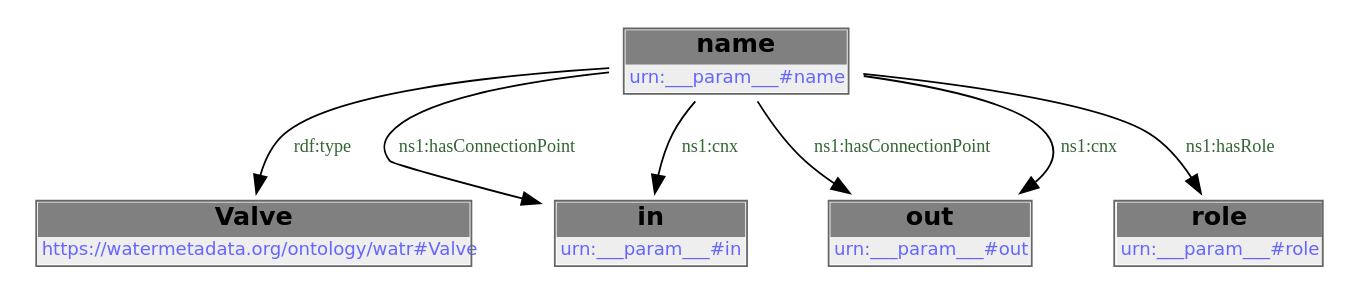
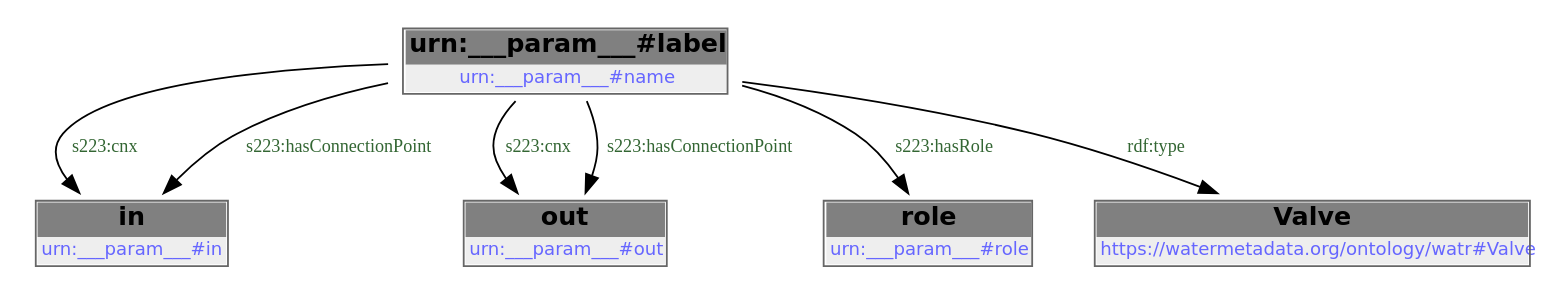
One commit to DataDrivenCPS/water-ontology changed the diagram in docs/libraries/templates/valve.rst. Above: the diagram before and after it, drawn with Graphviz. The commit also changed other lines of this file and 83 other files, not shown here.

```diff
--- a/docs/libraries/templates/valve.rst
+++ b/docs/libraries/templates/valve.rst
@@ -82,16 +82,21 @@
-        .. graphviz::
+.. graphviz::
 
-                digraph G {
-            node [fontname="DejaVu Sans"];
-            node0 -> node1 [color=BLACK, label=< <font point-size='10' color='#336633'>rdf:type</font> >];
-            node0 -> node2 [color=BLACK, label=< <font point-size='10' color='#336633'>ns1:hasConnectionPoint</font> >];
-            node0 -> node3 [color=BLACK, label=< <font point-size='10' color='#336633'>ns1:hasConnectionPoint</font> >];
-            node0 -> node4 [color=BLACK, label=< <font point-size='10' color='#336633'>ns1:hasRole</font> >];
-            node0 -> node2 [color=BLACK, label=< <font point-size='10' color='#336633'>ns1:cnx</font> >];
-            node0 -> node3 [color=BLACK, label=< <font point-size='10' color='#336633'>ns1:cnx</font> >];
-            node0 [shape=none, color=black, label=< <table color='#666666' cellborder='0' cellspacing='0' border='1'><tr><td colspan='2' bgcolor='grey'><B>name</B></td></tr><tr><td href='urn:___param___#name' bgcolor='#eeeeee' colspan='2'><font point-size='10' color='#6666ff'>urn:___param___#name</font></td></tr></table> >];
-            node1 [shape=none, color=black, label=< <table color='#666666' cellborder='0' cellspacing='0' border='1'><tr><td colspan='2' bgcolor='grey'><B>Valve</B></td></tr><tr><td href='https://watermetadata.org/ontology/watr#Valve' bgcolor='#eeeeee' colspan='2'><font point-size='10' color='#6666ff'>https://watermetadata.org/ontology/watr#Valve</font></td></tr></table> >];
-            node2 [shape=none, color=black, label=< <table color='#666666' cellborder='0' cellspacing='0' border='1'><tr><td colspan='2' bgcolor='grey'><B>in</B></td></tr><tr><td href='urn:___param___#in' bgcolor='#eeeeee' colspan='2'><font point-size='10' color='#6666ff'>urn:___param___#in</font></td></tr></table> >];
-            node3 [shape=none, color=black, label=< <table color='#666666' cellborder='0' cellspacing='0' border='1'><tr><td colspan='2' bgcolor='grey'><B>out</B></td></tr><tr><td href='urn:___param___#out' bgcolor='#eeeeee' colspan='2'><font point-size='10' color='#6666ff'>urn:___param___#out</font></td></tr></table> >];
-            node4 [shape=none, color=black, label=< <table color='#666666' cellborder='0' cellspacing='0' border='1'><tr><td colspan='2' bgcolor='grey'><B>role</B></td></tr><tr><td href='urn:___param___#role' bgcolor='#eeeeee' colspan='2'><font point-size='10' color='#6666ff'>urn:___param___#role</font></td></tr></table> >];
-            }
+    digraph {
+     node [ fontname="DejaVu Sans" ] ;
+        node0 -> node1 [ color=BLACK, label=< <font point-size='10' color='#336633'>s223:cnx</font> > ] ;
+        node0 -> node2 [ color=BLACK, label=< <font point-size='10' color='#336633'>s223:cnx</font> > ] ;
+        node0 -> node1 [ color=BLACK, label=< <font point-size='10' color='#336633'>s223:hasConnectionPoint</font> > ] ;
+        node0 -> node2 [ color=BLACK, label=< <font point-size='10' color='#336633'>s223:hasConnectionPoint</font> > ] ;
+        node0 -> node3 [ color=BLACK, label=< <font point-size='10' color='#336633'>s223:hasRole</font> > ] ;
+        node0 -> node4 [ color=BLACK, label=< <font point-size='10' color='#336633'>rdf:type</font> > ] ;
+    # urn:___param___#name node0
+    node0 [ shape=none, color=black label=< <table color='#666666' cellborder='0' cellspacing='0' border='1'><tr><td colspan='2' bgcolor='grey'><B>urn:___param___#label</B></td></tr><tr><td href='urn:___param___#name' bgcolor='#eeeeee' colspan='2'><font point-size='10' color='#6666ff'>urn:___param___#name</font></td></tr></table> > ]
+    # urn:___param___#in node1
+    node1 [ shape=none, color=black label=< <table color='#666666' cellborder='0' cellspacing='0' border='1'><tr><td colspan='2' bgcolor='grey'><B>in</B></td></tr><tr><td href='urn:___param___#in' bgcolor='#eeeeee' colspan='2'><font point-size='10' color='#6666ff'>urn:___param___#in</font></td></tr></table> > ]
+    # urn:___param___#out node2
+    node2 [ shape=none, color=black label=< <table color='#666666' cellborder='0' cellspacing='0' border='1'><tr><td colspan='2' bgcolor='grey'><B>out</B></td></tr><tr><td href='urn:___param___#out' bgcolor='#eeeeee' colspan='2'><font point-size='10' color='#6666ff'>urn:___param___#out</font></td></tr></table> > ]
+    # urn:___param___#role node3
+    node3 [ shape=none, color=black label=< <table color='#666666' cellborder='0' cellspacing='0' border='1'><tr><td colspan='2' bgcolor='grey'><B>role</B></td></tr><tr><td href='urn:___param___#role' bgcolor='#eeeeee' colspan='2'><font point-size='10' color='#6666ff'>urn:___param___#role</font></td></tr></table> > ]
+    # https://watermetadata.org/ontology/watr#Valve node4
+    node4 [ shape=none, color=black label=< <table color='#666666' cellborder='0' cellspacing='0' border='1'><tr><td colspan='2' bgcolor='grey'><B>Valve</B></td></tr><tr><td href='https://watermetadata.org/ontology/watr#Valve' bgcolor='#eeeeee' colspan='2'><font point-size='10' color='#6666ff'>https://watermetadata.org/ontology/watr#Valve</font></td></tr></table> > ]
+    }
```
